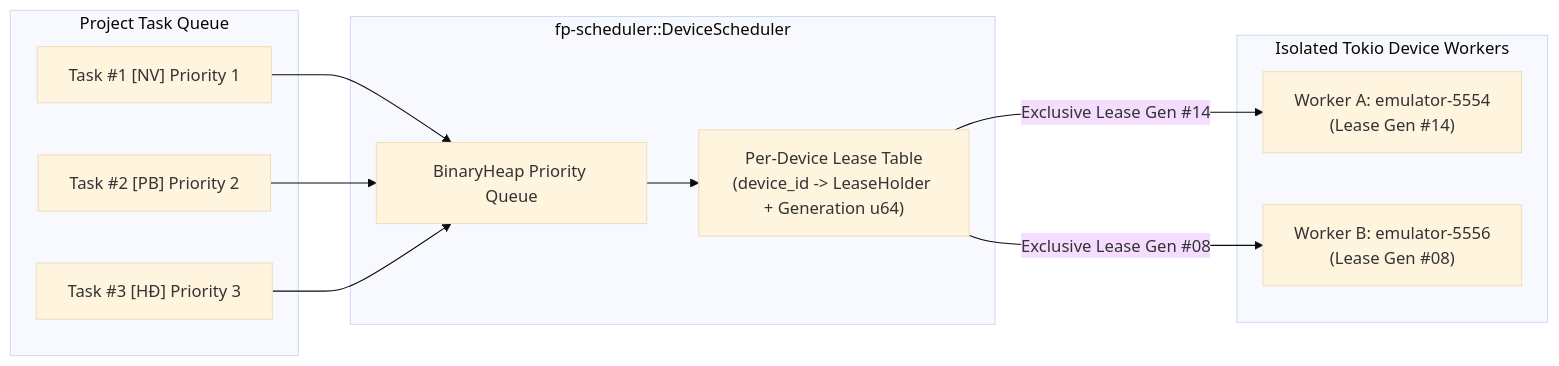
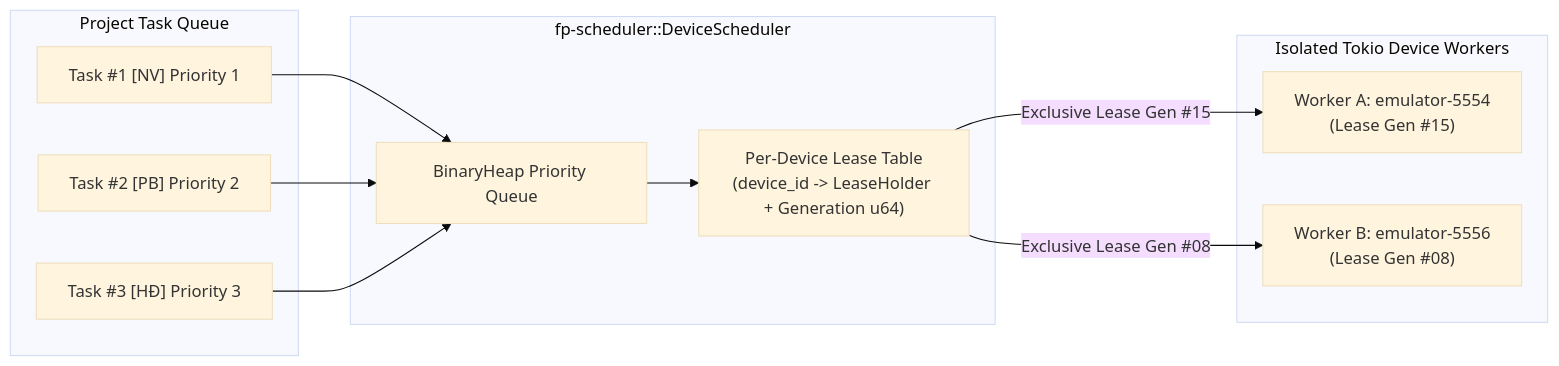
One commit to tcandt/FamerPro changed the diagram in artifacts/p1_2_evidence/diagrams/IV_06_task_scheduler_multidevice_execution.mmd. Above: the diagram before and after it, drawn with Mermaid (base theme). The commit also changed 75 other files, not shown here.

```diff
--- a/artifacts/p1_2_evidence/diagrams/IV_06_task_scheduler_multidevice_execution.mmd
+++ b/artifacts/p1_2_evidence/diagrams/IV_06_task_scheduler_multidevice_execution.mmd
@@ -1,18 +1,18 @@
 flowchart LR
     subgraph QUEUE["Project Task Queue"]
         T1["Task #1 [NV] Priority 1"]
         T2["Task #2 [PB] Priority 2"]
         T3["Task #3 [HĐ] Priority 3"]
     end
     subgraph SCHED["fp-scheduler::DeviceScheduler"]
         PQ["BinaryHeap Priority Queue"]
         LEASE["Per-Device Lease Table\n(device_id -> LeaseHolder + Generation u64)"]
     end
     subgraph WORKERS["Isolated Tokio Device Workers"]
-        W_A["Worker A: emulator-5554\n(Lease Gen #14)"]
+        W_A["Worker A: emulator-5554\n(Lease Gen #15)"]
         W_B["Worker B: emulator-5556\n(Lease Gen #08)"]
     end
     T1 & T2 & T3 --> PQ
     PQ --> LEASE
-    LEASE -->|Exclusive Lease Gen #14| W_A
+    LEASE -->|Exclusive Lease Gen #15| W_A
     LEASE -->|Exclusive Lease Gen #08| W_B
```
